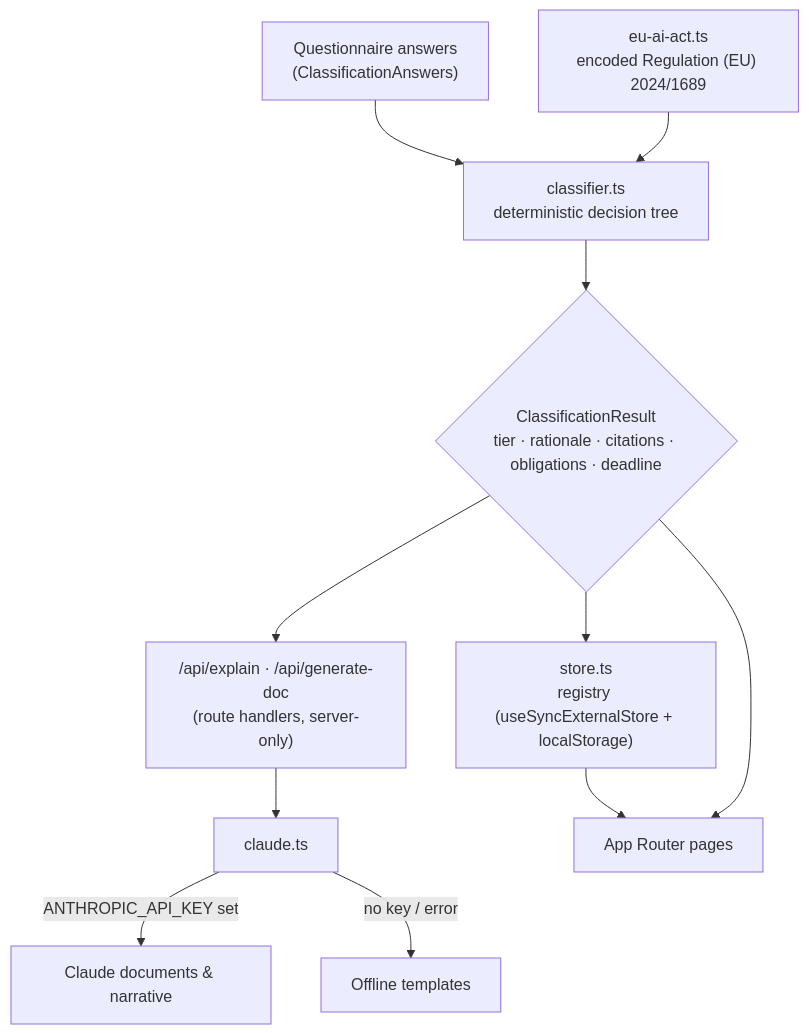
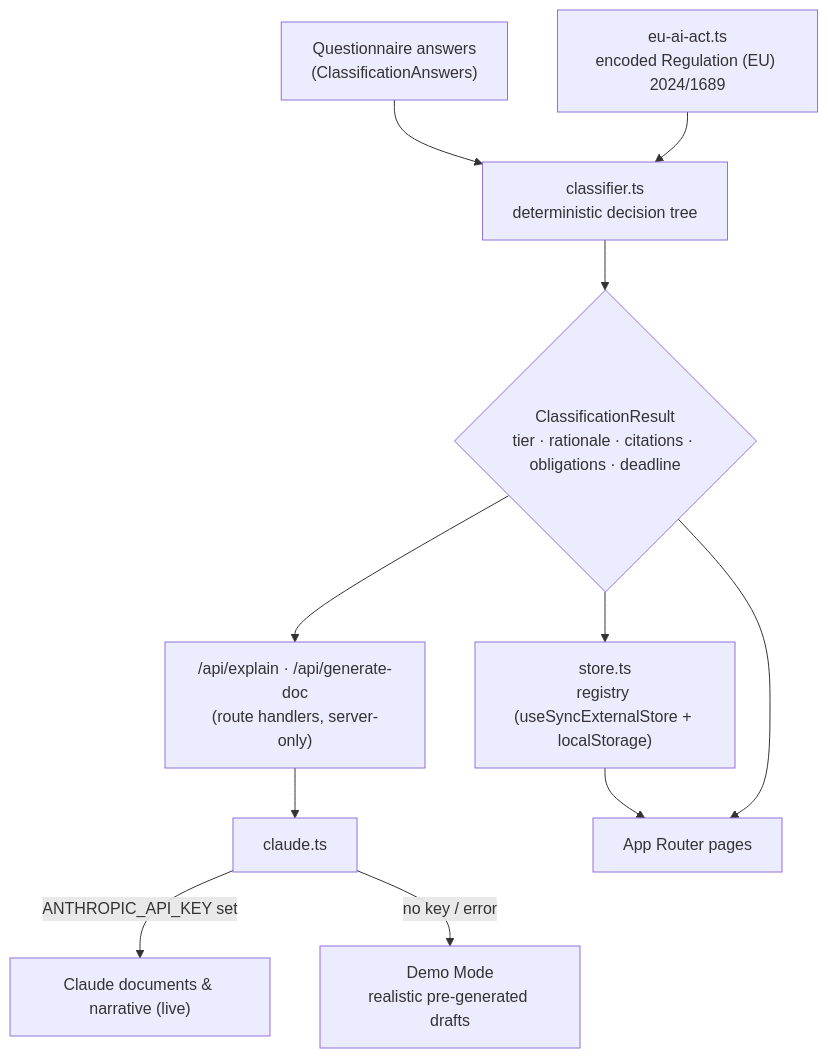
Before and after one commit to elkamohammad1988/conforma: the diagram in docs/architecture.md, drawn with Mermaid. The commit also changed other lines of this file and 27 other files, not shown here.

````diff
--- a/docs/architecture.md
+++ b/docs/architecture.md
@@ -9,14 +9,14 @@
 ```mermaid
 flowchart TD
     REG["eu-ai-act.ts<br/>encoded Regulation (EU) 2024/1689"]
     Q["Questionnaire answers<br/>(ClassificationAnswers)"] --> ENG["classifier.ts<br/>deterministic decision tree"]
     REG --> ENG
     ENG --> R{"ClassificationResult<br/>tier · rationale · citations · obligations · deadline"}
     R --> STORE["store.ts<br/>registry (useSyncExternalStore + localStorage)"]
     R --> API["/api/explain · /api/generate-doc<br/>(route handlers, server-only)"]
     API --> AI["claude.ts"]
-    AI -->|ANTHROPIC_API_KEY set| C["Claude documents & narrative"]
-    AI -->|no key / error| T["Offline templates"]
+    AI -->|ANTHROPIC_API_KEY set| C["Claude documents & narrative (live)"]
+    AI -->|no key / error| T["Demo Mode<br/>realistic pre-generated drafts"]
     STORE --> UI["App Router pages"]
     R --> UI
 ```
````
